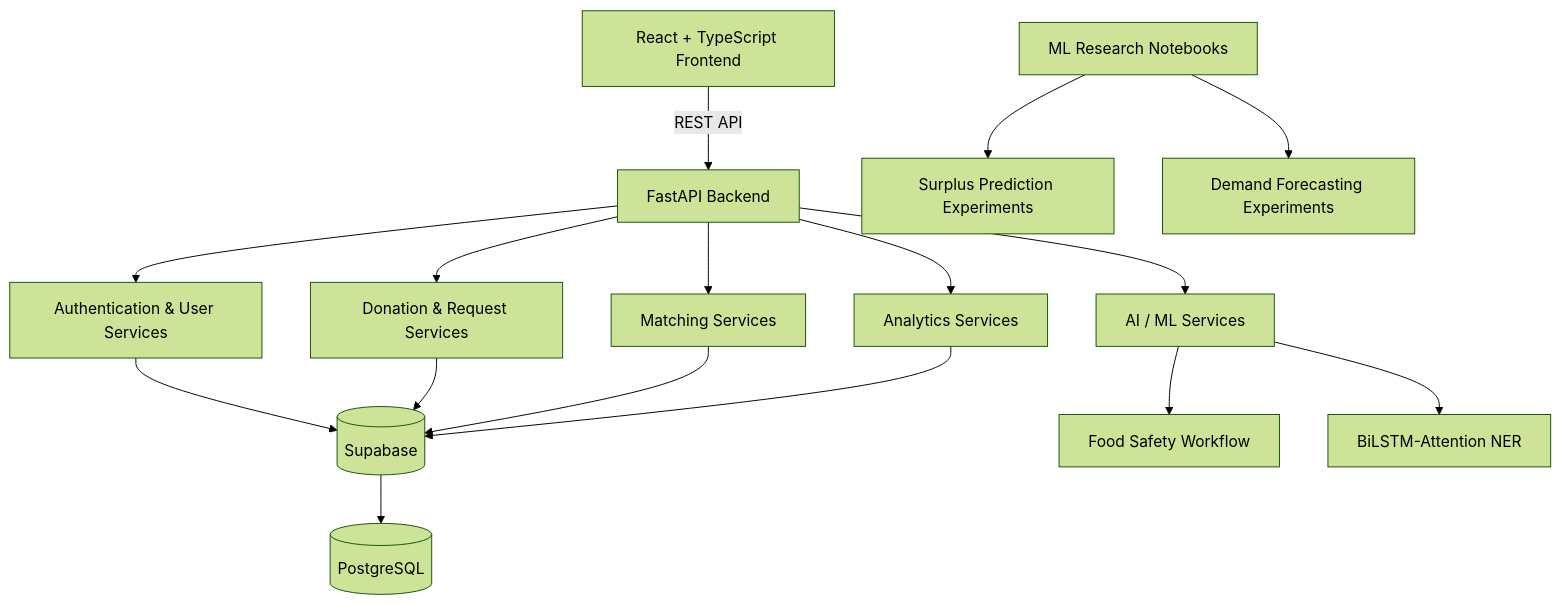
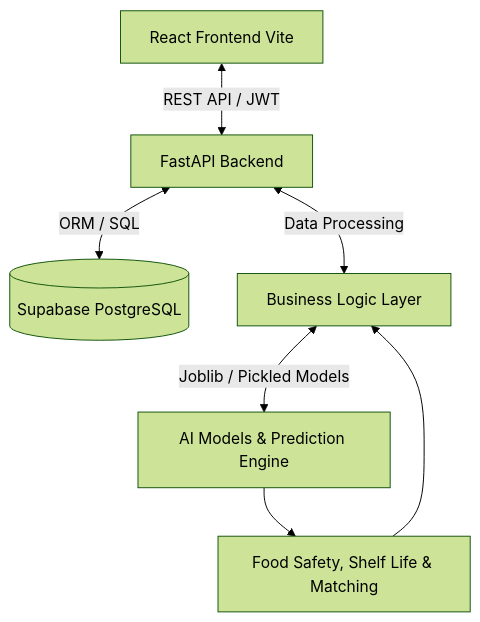
One commit to somiya-namdeo/SharePlate changed the diagram in README.md. Above: the diagram before and after it, drawn with Mermaid (forest theme). The commit also changed other lines of this file, not shown here.

````diff
--- a/README.md
+++ b/README.md
@@ -269,23 +86,9 @@
 ```mermaid
-flowchart TD
-    A[React + TypeScript Frontend] -->|REST API| B[FastAPI Backend]
-
-    B --> C[Authentication & User Services]
-    B --> D[Donation & Request Services]
-    B --> E[Matching Services]
-    B --> F[Analytics Services]
-    B --> G[AI / ML Services]
-
-    C --> H[(Supabase)]
-    D --> H
-    E --> H
-    F --> H
-
-    H --> I[(PostgreSQL)]
-
-    G --> J[Food Safety Workflow]
-    G --> K[BiLSTM-Attention NER]
-
-    L[ML Research Notebooks] --> M[Surplus Prediction Experiments]
-    L --> N[Demand Forecasting Experiments]
+graph TD
+    A[React Frontend Vite] <-->|REST API / JWT| B[FastAPI Backend]
+    B <-->|ORM / SQL| C[(Supabase PostgreSQL)]
+    B <-->|Data Processing| D[Business Logic Layer]
+    D <-->|Joblib / Pickled Models| E[AI Models & Prediction Engine]
+    E --> F[Food Safety, Shelf Life & Matching]
+    F --> D
 ```
````
